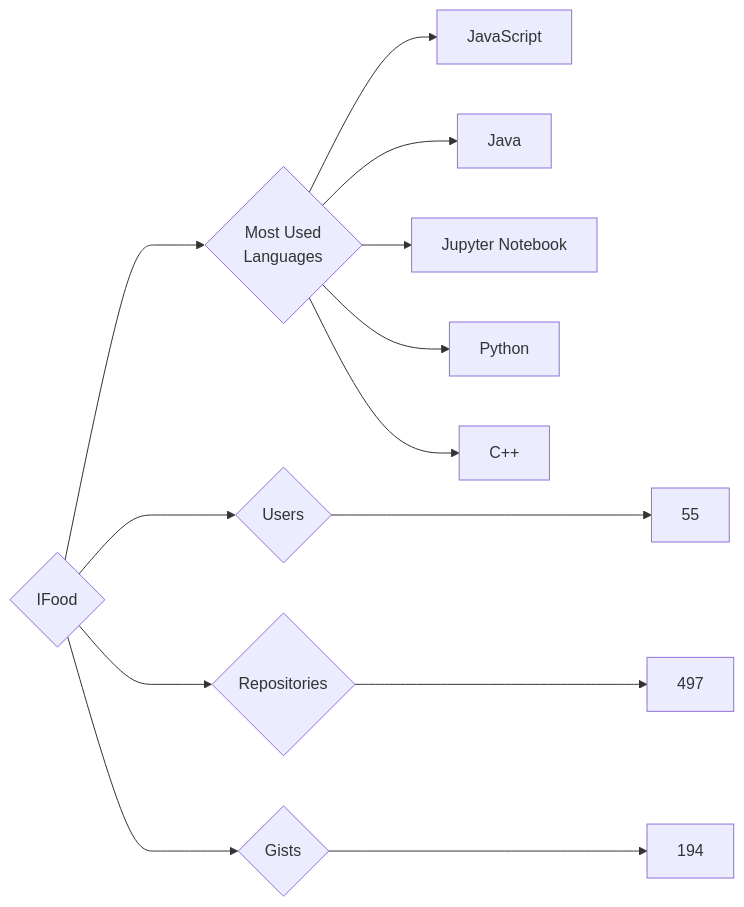
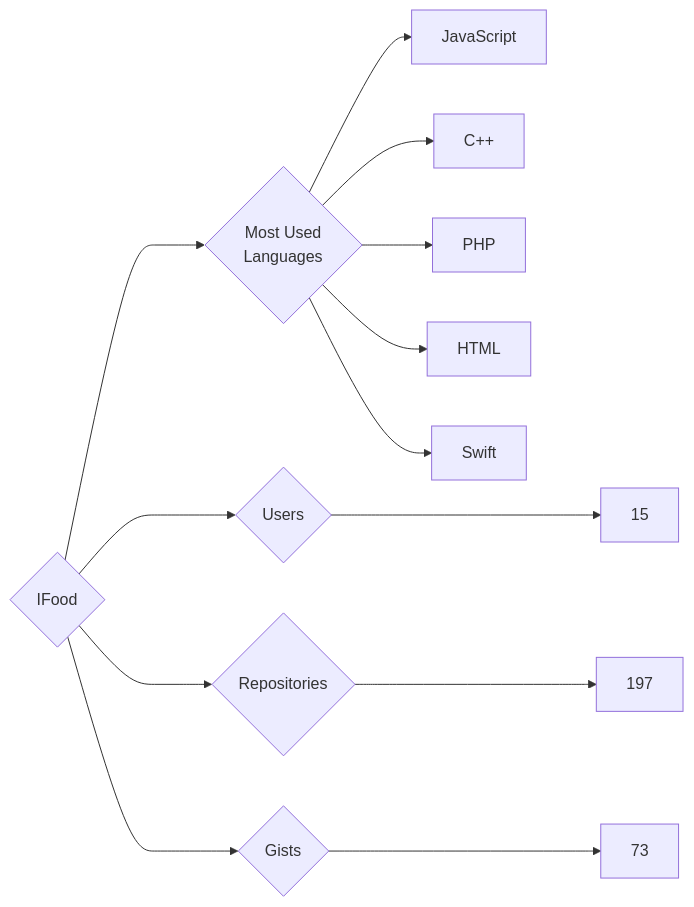
The diagram in targets/IFood/README.md (trickest/insiders), drawn with Mermaid before and after one commit. The commit also changed 932 other files, not shown here.

````diff
--- a/targets/IFood/README.md
+++ b/targets/IFood/README.md
@@ -3,13 +3,13 @@
 ```mermaid
 graph LR
 COMPANY_NAME{IFood}
-COMPANY_NAME ---> U{Users} ---> UN[55]
-COMPANY_NAME ---> R{Repositories} ---> RN[497]
-COMPANY_NAME ---> G{Gists} ---> GN[194]
+COMPANY_NAME ---> U{Users} ---> UN[15]
+COMPANY_NAME ---> R{Repositories} ---> RN[197]
+COMPANY_NAME ---> G{Gists} ---> GN[73]
 COMPANY_NAME ---> ML{Most Used<br>Languages}
 ML --> JavaScript[JavaScript]
-ML --> Java[Java]
-ML --> Jupyter_Notebook[Jupyter Notebook]
-ML --> Python[Python]
 ML --> C++[C++]
+ML --> PHP[PHP]
+ML --> HTML[HTML]
+ML --> Swift[Swift]
 ```
````
